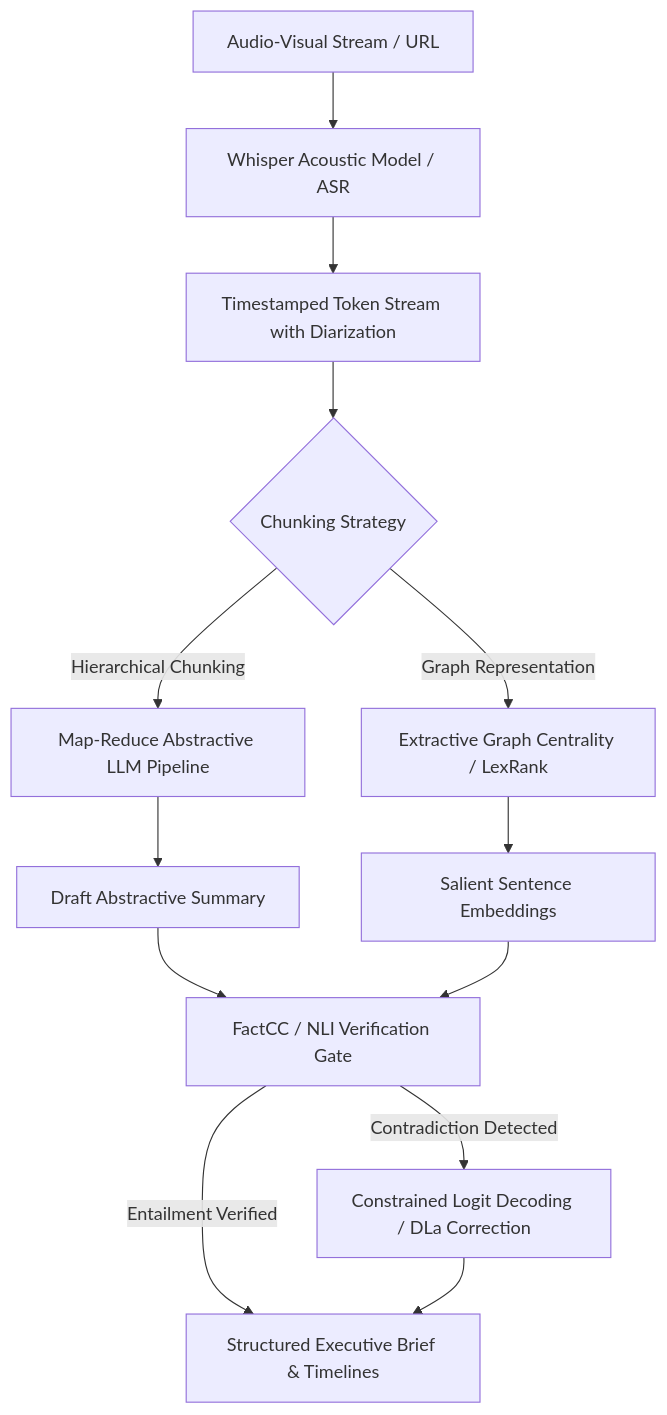
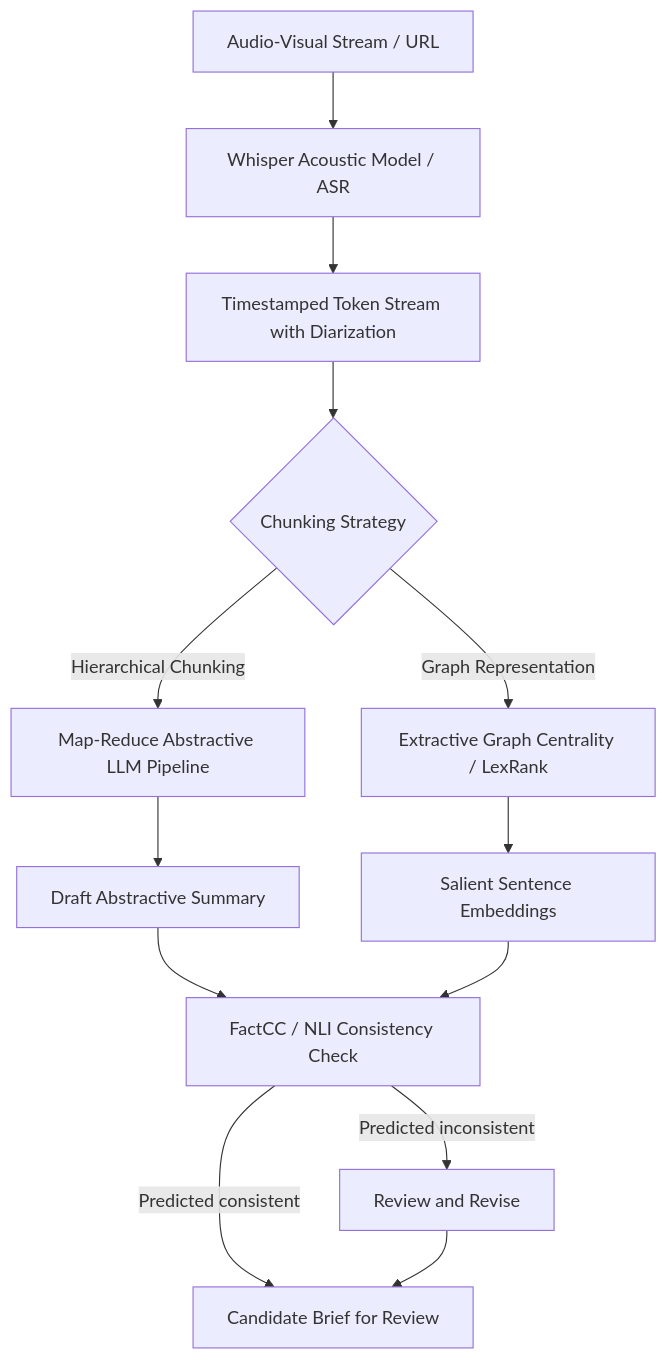
Before and after one commit to akillness/akillness.github.io: the first of 3 diagrams in _posts/2024/05/2024-05-12-lilysai-summary.md, drawn with Mermaid. The commit also changed other lines of this file and 9 other files, not shown here.

````diff
--- a/_posts/2024/05/2024-05-12-lilysai-summary.md
+++ b/_posts/2024/05/2024-05-12-lilysai-summary.md
@@ -19,19 +21,19 @@
 ```mermaid
 flowchart TD
     VideoInput[Audio-Visual Stream / URL] --> ASR[Whisper Acoustic Model / ASR]
     ASR --> Transcript[Timestamped Token Stream with Diarization]
     
     Transcript --> Splitter{Chunking Strategy}
     Splitter -->|Hierarchical Chunking| MapReduce[Map-Reduce Abstractive LLM Pipeline]
     Splitter -->|Graph Representation| TextRank[Extractive Graph Centrality / LexRank]
     
     MapReduce --> CandidateSummary[Draft Abstractive Summary]
     TextRank --> ExtractiveAnchors[Salient Sentence Embeddings]
     
-    CandidateSummary --> HallucinationGuard[FactCC / NLI Verification Gate]
+    CandidateSummary --> HallucinationGuard[FactCC / NLI Consistency Check]
     ExtractiveAnchors --> HallucinationGuard
     
-    HallucinationGuard -->|Entailment Verified| FinalBrief[Structured Executive Brief & Timelines]
-    HallucinationGuard -->|Contradiction Detected| Refiner[Constrained Logit Decoding / DLa Correction]
+    HallucinationGuard -->|Predicted consistent| FinalBrief[Candidate Brief for Review]
+    HallucinationGuard -->|Predicted inconsistent| Refiner[Review and Revise]
     Refiner --> FinalBrief
 ```
````
